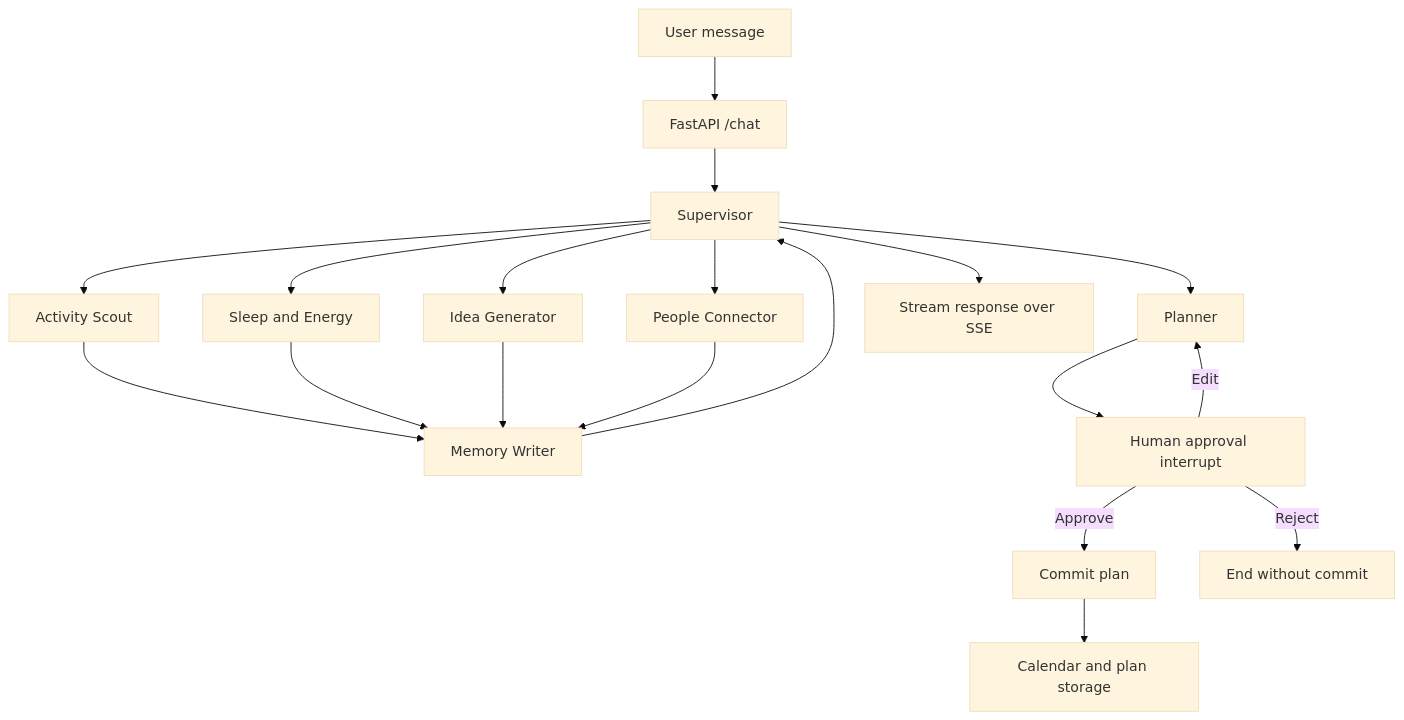
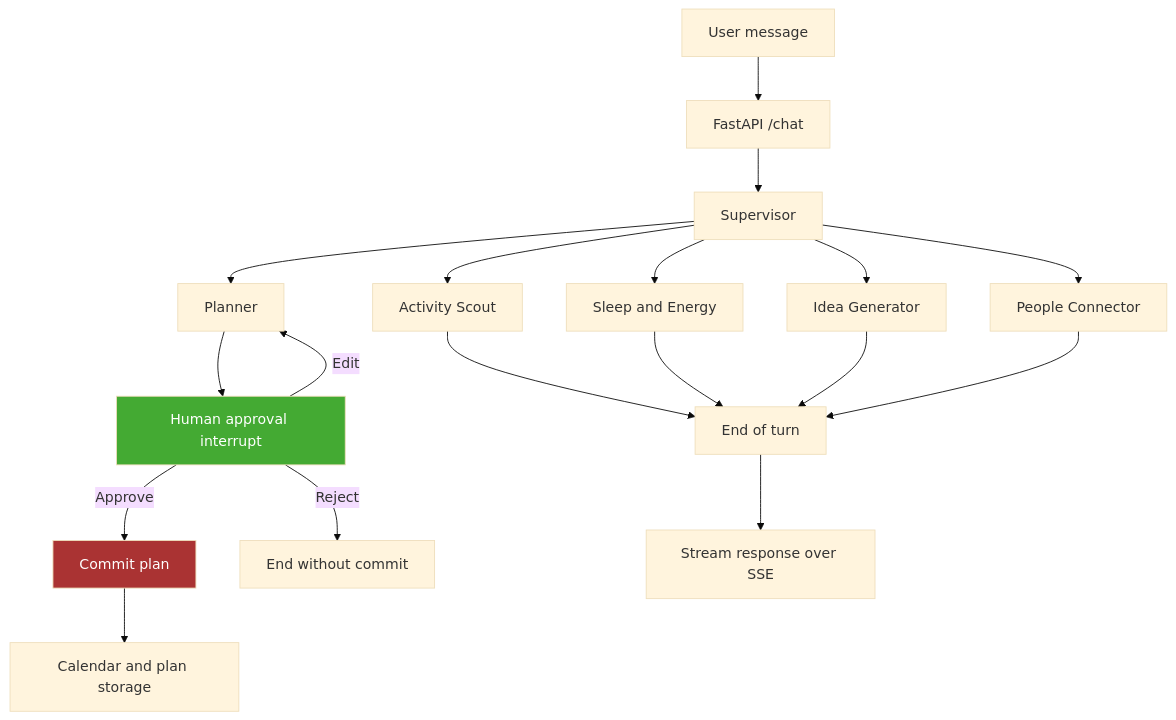
The first of 2 diagrams in README.md (Sharayu1418/vital-agent), drawn with Mermaid (base theme) before and after one commit. The commit also changed other lines of this file and 1 other file, not shown here.

````diff
--- a/README.md
+++ b/README.md
@@ -41,24 +66,26 @@
 ```mermaid
 flowchart TD
     U["User message"] --> API["FastAPI /chat"]
     API --> S["Supervisor"]
     S --> A["Activity Scout"]
     S --> E["Sleep and Energy"]
     S --> I["Idea Generator"]
     S --> P["People Connector"]
     S --> PL["Planner"]
 
-    A --> M["Memory Writer"]
-    E --> M
-    I --> M
-    P --> M
-    M --> S
+    A --> END["End of turn"]
+    E --> END
+    I --> END
+    P --> END
 
     PL --> H["Human approval interrupt"]
     H -->|Approve| C["Commit plan"]
     H -->|Edit| PL
     H -->|Reject| X["End without commit"]
 
     C --> DB["Calendar and plan storage"]
-    S --> R["Stream response over SSE"]
+    END --> R["Stream response over SSE"]
+
+    style H fill:#4a3,color:#fff
+    style C fill:#a33,color:#fff
 ```
````
